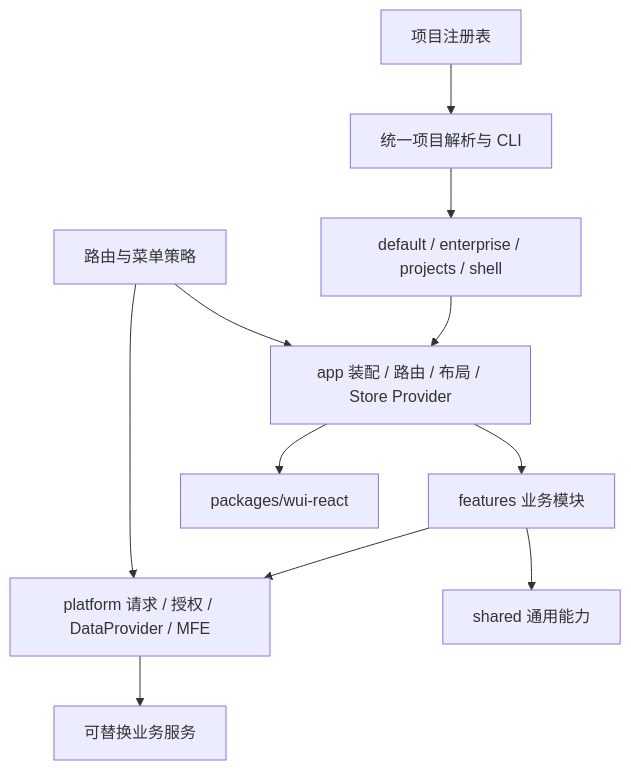
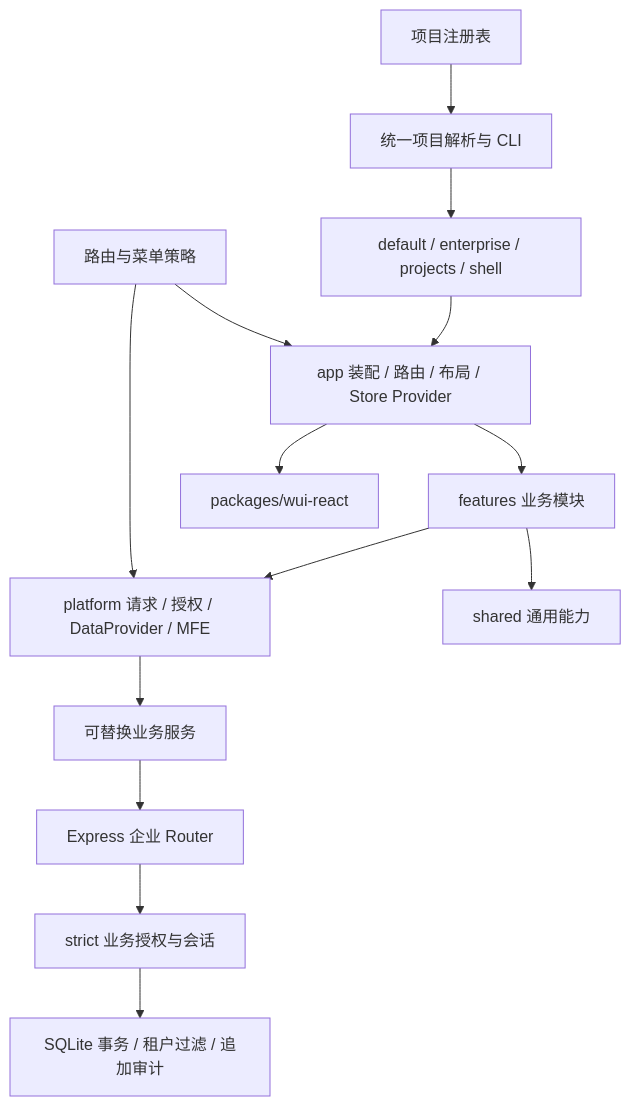
Before and after one commit to wkylin/pro-react-admin: the diagram in docs/ARCHITECTURE.md, drawn with Mermaid. The commit also changed other lines of this file and 251 other files, not shown here.

````diff
--- a/docs/ARCHITECTURE.md
+++ b/docs/ARCHITECTURE.md
@@ -9,13 +9,16 @@
 ```mermaid
 flowchart TD
   Registry[项目注册表] --> Build[统一项目解析与 CLI]
   Build --> Roots[default / enterprise / projects / shell]
   Roots --> App[app 装配 / 路由 / 布局 / Store Provider]
   App --> Features[features 业务模块]
   Features --> Platform[platform 请求 / 授权 / DataProvider / MFE]
   Features --> Shared[shared 通用能力]
   App --> Package[packages/wui-react]
   Policy[路由与菜单策略] --> App
   Policy --> Platform
   Platform --> Service[可替换业务服务]
+  Service --> HTTP[Express 企业 Router]
+  HTTP --> Domain[strict 业务授权与会话]
+  Domain --> SQLite[SQLite 事务 / 租户过滤 / 追加审计]
 ```
````
